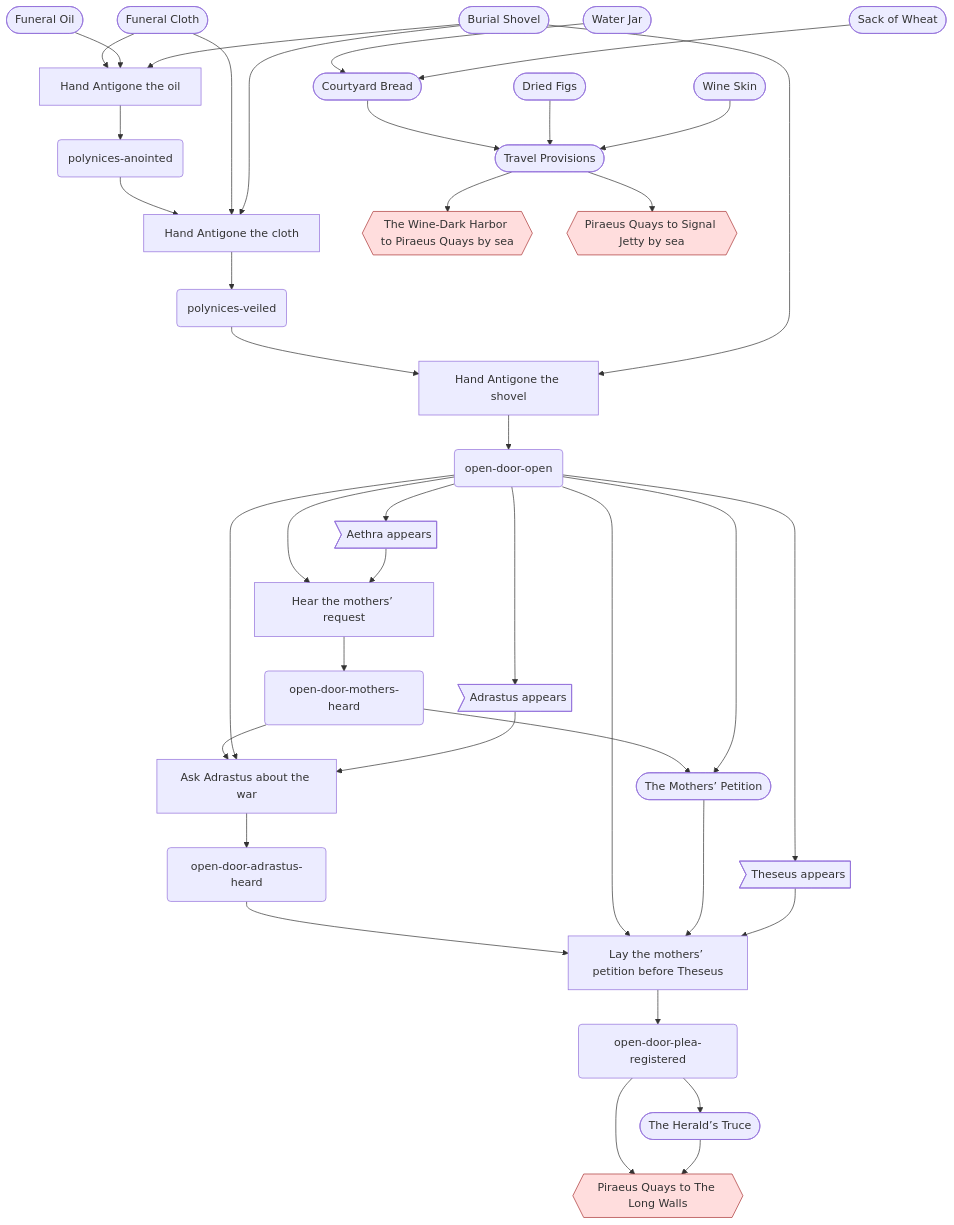
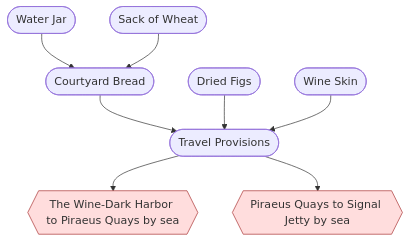
Diagram 14 of 14 in docs/maps/greek-drama.md (cenetex/cosyworld), drawn with Mermaid before and after one commit. The commit also changed other lines of this file and 22 other files, not shown here.

First line of the commit message:
Open the Long Walls from the start: burial gates no road to Athens (#2698)

````diff
--- a/docs/maps/greek-drama.md
+++ b/docs/maps/greek-drama.md
@@ -753,72 +691,20 @@
 ```mermaid
 flowchart TD
-  n_act_greek_anoint_polynices["Hand Antigone the oil"]
-  n_act_greek_bury_polynices["Hand Antigone the shovel"]
-  n_act_greek_open_door_hear_adrastus["Ask Adrastus about the war"]
-  n_act_greek_open_door_hear_mothers["Hear the mothers’ request"]
-  n_act_greek_open_door_register_plea["Lay the mothers’ petition before Theseus"]
-  n_act_greek_shroud_polynices["Hand Antigone the cloth"]
-  n_flag_greek_open_door_adrastus_heard("open-door-adrastus-heard")
-  n_flag_greek_open_door_mothers_heard("open-door-mothers-heard")
-  n_flag_greek_open_door_open("open-door-open")
-  n_flag_greek_open_door_plea_registered("open-door-plea-registered")
-  n_flag_greek_polynices_anointed("polynices-anointed")
-  n_flag_greek_polynices_veiled("polynices-veiled")
   n_item_greek_bread(["Courtyard Bread"])
-  n_item_greek_burial_petition(["The Mothers’ Petition"])
   n_item_greek_figs(["Dried Figs"])
-  n_item_greek_funeral_cloth(["Funeral Cloth"])
-  n_item_greek_oil_flask(["Funeral Oil"])
-  n_item_greek_olive_branch(["The Herald’s Truce"])
   n_item_greek_provisions(["Travel Provisions"])
-  n_item_greek_shovel(["Burial Shovel"])
   n_item_greek_water_jar(["Water Jar"])
   n_item_greek_wheat(["Sack of Wheat"])
   n_item_greek_wine_skin(["Wine Skin"])
   n_lane_greek_ship_greek_harbor_greek_piraeus{{"The Wine-Dark Harbor to Piraeus Quays by sea"}}
   n_lane_greek_ship_greek_piraeus_hoppycat_signal_jetty{{"Piraeus Quays to Signal Jetty by sea"}}
-  n_resident_greek_adrastus>"Adrastus appears"]
-  n_resident_greek_aethra>"Aethra appears"]
-  n_resident_greek_theseus>"Theseus appears"]
-  n_route_greek_piraeus_greek_road_athens_piraeus{{"Piraeus Quays to The Long Walls"}}
-  n_act_greek_anoint_polynices --> n_flag_greek_polynices_anointed
-  n_act_greek_bury_polynices --> n_flag_greek_open_door_open
-  n_act_greek_open_door_hear_adrastus --> n_flag_greek_open_door_adrastus_heard
-  n_act_greek_open_door_hear_mothers --> n_flag_greek_open_door_mothers_heard
-  n_act_greek_open_door_register_plea --> n_flag_greek_open_door_plea_registered
-  n_act_greek_shroud_polynices --> n_flag_greek_polynices_veiled
-  n_flag_greek_open_door_adrastus_heard --> n_act_greek_open_door_register_plea
-  n_flag_greek_open_door_mothers_heard --> n_act_greek_open_door_hear_adrastus
-  n_flag_greek_open_door_mothers_heard --> n_item_greek_burial_petition
-  n_flag_greek_open_door_open --> n_act_greek_open_door_hear_adrastus
-  n_flag_greek_open_door_open --> n_act_greek_open_door_hear_mothers
-  n_flag_greek_open_door_open --> n_act_greek_open_door_register_plea
-  n_flag_greek_open_door_open --> n_item_greek_burial_petition
-  n_flag_greek_open_door_open --> n_resident_greek_adrastus
-  n_flag_greek_open_door_open --> n_resident_greek_aethra
-  n_flag_greek_open_door_open --> n_resident_greek_theseus
-  n_flag_greek_open_door_plea_registered --> n_item_greek_olive_branch
-  n_flag_greek_open_door_plea_registered --> n_route_greek_piraeus_greek_road_athens_piraeus
-  n_flag_greek_polynices_anointed --> n_act_greek_shroud_polynices
-  n_flag_greek_polynices_veiled --> n_act_greek_bury_polynices
   n_item_greek_bread --> n_item_greek_provisions
-  n_item_greek_burial_petition --> n_act_greek_open_door_register_plea
   n_item_greek_figs --> n_item_greek_provisions
-  n_item_greek_funeral_cloth --> n_act_greek_anoint_polynices
-  n_item_greek_funeral_cloth --> n_act_greek_shroud_polynices
-  n_item_greek_oil_flask --> n_act_greek_anoint_polynices
-  n_item_greek_olive_branch --> n_route_greek_piraeus_greek_road_athens_piraeus
   n_item_greek_provisions --> n_lane_greek_ship_greek_harbor_greek_piraeus
   n_item_greek_provisions --> n_lane_greek_ship_greek_piraeus_hoppycat_signal_jetty
-  n_item_greek_shovel --> n_act_greek_anoint_polynices
-  n_item_greek_shovel --> n_act_greek_bury_polynices
-  n_item_greek_shovel --> n_act_greek_shroud_polynices
   n_item_greek_water_jar --> n_item_greek_bread
   n_item_greek_wheat --> n_item_greek_bread
   n_item_greek_wine_skin --> n_item_greek_provisions
-  n_resident_greek_adrastus --> n_act_greek_open_door_hear_adrastus
-  n_resident_greek_aethra --> n_act_greek_open_door_hear_mothers
-  n_resident_greek_theseus --> n_act_greek_open_door_register_plea
   classDef gate fill:#fdd,stroke:#a33
-  class n_lane_greek_ship_greek_harbor_greek_piraeus,n_lane_greek_ship_greek_piraeus_hoppycat_signal_jetty,n_route_greek_piraeus_greek_road_athens_piraeus gate
+  class n_lane_greek_ship_greek_harbor_greek_piraeus,n_lane_greek_ship_greek_piraeus_hoppycat_signal_jetty gate
 ```
````
